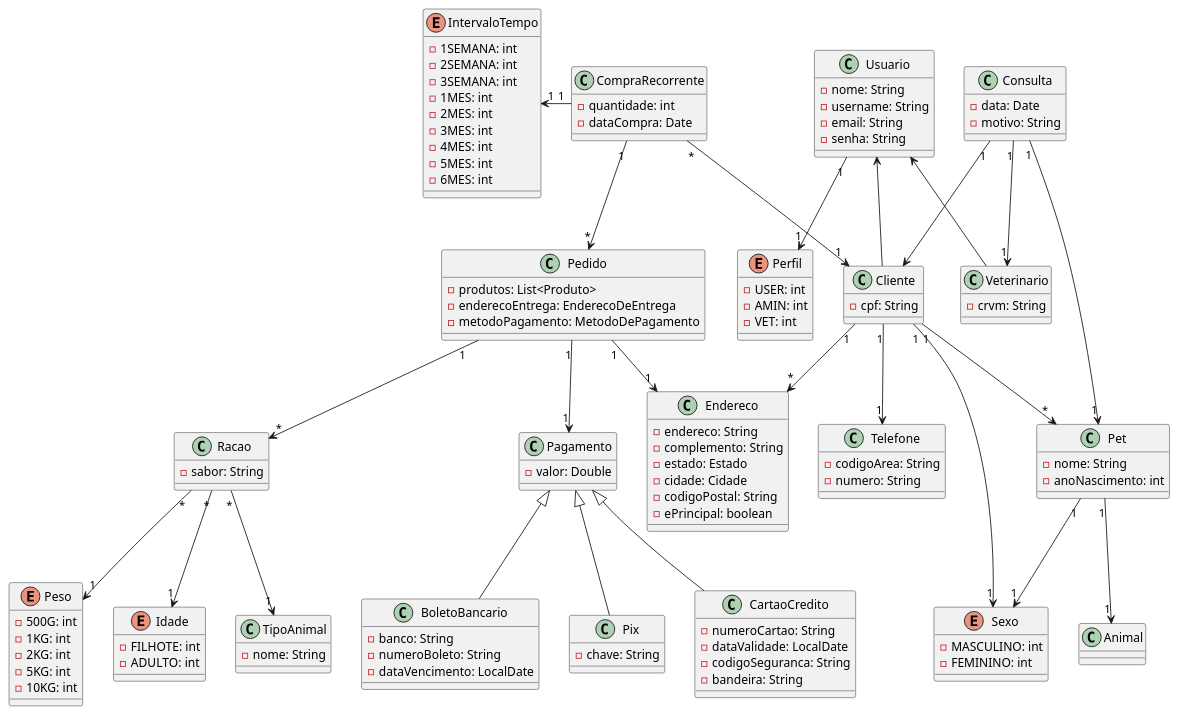
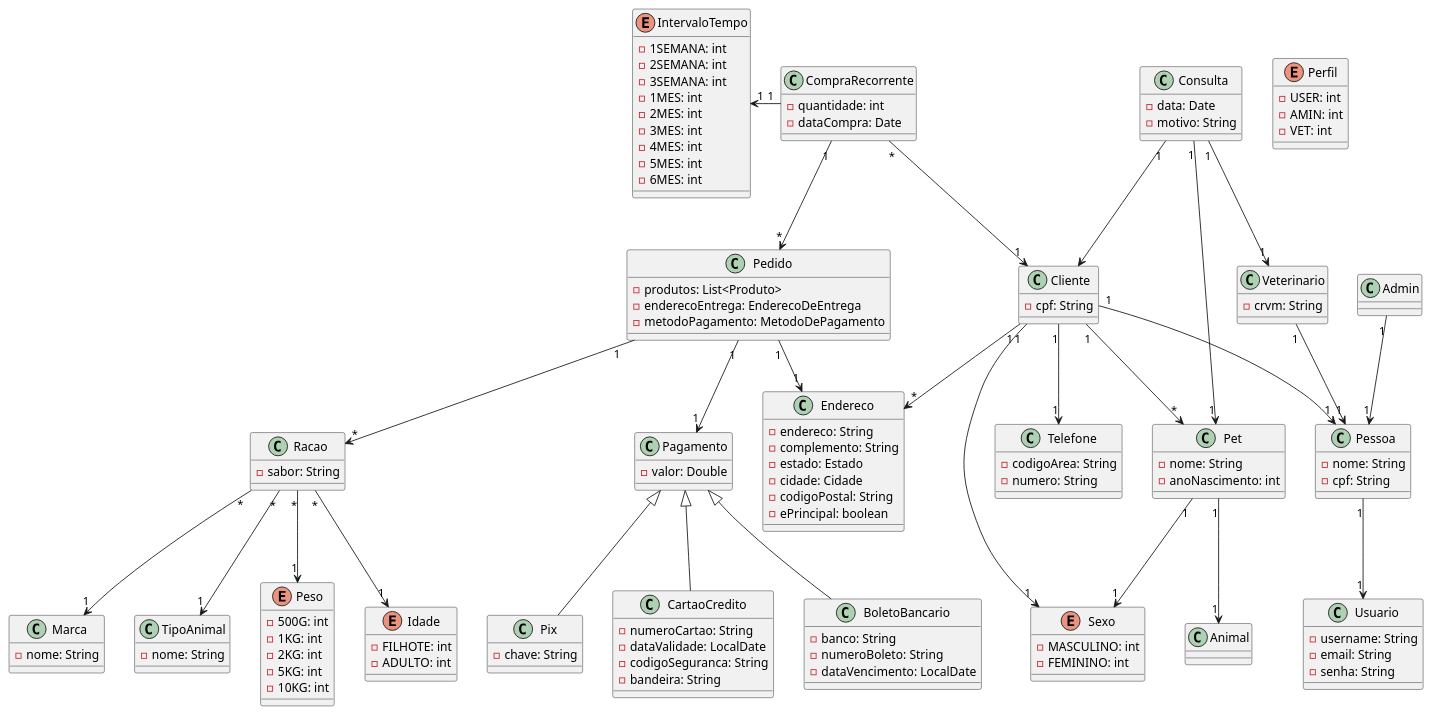
Before and after one commit to JpBllack/pet-shop-Topicos2: the diagram in API-NOVA/UmlPetshop.plantuml, drawn with PlantUML. The commit also changed 10 other files, not shown here.

Commit message:
Uml e Marca

```diff
--- a/API-NOVA/UmlPetshop.plantuml
+++ b/API-NOVA/UmlPetshop.plantuml
@@ -1,154 +1,167 @@
 @startuml
 
+    class Pessoa{
+        - nome: String
+        - cpf: String
+    }
+
     class Usuario{
-        - nome: String
         - username: String
         - email: String
         - senha: String
     }
 
     class Cliente{
         - cpf: String
     }
 
     class Veterinario{
         - crvm: String
     }
 
+    class Admin{
+        
+    }
+
     enum Perfil{
         - USER: int
         - AMIN: int
         - VET: int
     }
 
     class CompraRecorrente{
         - quantidade: int
         - dataCompra: Date
-
     }
 
     class Consulta{
         - data: Date
         - motivo: String
     }
 
     class Telefone{
         - codigoArea: String
         - numero: String
     }
 
     class Racao{
         - sabor: String
+    }
+
+    class Marca{
+        - nome: String
     }
 
     class Pet{
         - nome: String
         - anoNascimento: int
     }
 
     class TipoAnimal{
         - nome: String
     }
 
     enum Peso{
         - 500G: int
         - 1KG: int
         - 2KG: int
         - 5KG: int
         - 10KG: int
     }
 
     enum Idade{
         - FILHOTE: int
         - ADULTO: int
     }
 
     enum Sexo{
         - MASCULINO: int
         - FEMININO: int
     }
 
     enum IntervaloTempo{
         - 1SEMANA: int
         - 2SEMANA: int
         - 3SEMANA: int
         - 1MES: int
         - 2MES: int
         - 3MES: int
         - 4MES: int
         - 5MES: int
         - 6MES: int
     }
 
     class Endereco{
         - endereco: String
         - complemento: String
         - estado: Estado
         - cidade: Cidade
         - codigoPostal: String
         - ePrincipal: boolean
     }
 
 
     class Pedido {
         - produtos: List<Produto>
         - enderecoEntrega: EnderecoDeEntrega
         - metodoPagamento: MetodoDePagamento
     }
 
     class Pagamento{
         - valor: Double
     }
 
     class CartaoCredito{
         - numeroCartao: String
         - dataValidade: LocalDate
         - codigoSeguranca: String
         - bandeira: String
     }
 
     class BoletoBancario{
         - banco: String
         - numeroBoleto: String
         - dataVencimento: LocalDate
     }
     
     class Pix{
         - chave: String
     }
     
-    Cliente -up-> Usuario
-    Veterinario -up-> Usuario
+    Cliente "1" --> "1" Pessoa
+    Veterinario "1" --> "1" Pessoa
+    Admin "1" --> "1" Pessoa
 
-    Usuario "1" --> "1" Perfil
+    Pessoa "1" --> "1" Usuario
     
     Racao "*" --> "1" TipoAnimal
     Racao "*" --> "1" Peso
     Racao "*" --> "1" Idade
+    Racao "*" --> "1" Marca
 
     Cliente "1" --> "1" Telefone
     Cliente "1" --> "*" Endereco
     Cliente "1" --> "1" Sexo
 
     Pet "1" --> "1" Animal
     Pet "1" --> "1" Sexo
     Cliente "1" --> "*" Pet
 
     Consulta "1" --> "1" Veterinario
     Consulta "1" --> "1" Pet
     Consulta "1" --> Cliente
 
     CompraRecorrente "1" -left-> "1" IntervaloTempo
     CompraRecorrente "1" --> "*" Pedido
     CompraRecorrente "*" --> "1" Cliente
 
     Pedido "1" --> "*" Racao
     Pedido "1" --> "1" Endereco
     Pedido "1" --> "1" Pagamento
 
     Pagamento <|-- CartaoCredito
     Pagamento <|-- BoletoBancario
     Pagamento <|-- Pix
 
 
 @enduml
```
